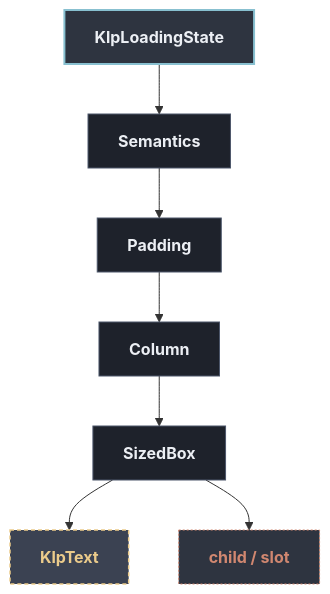
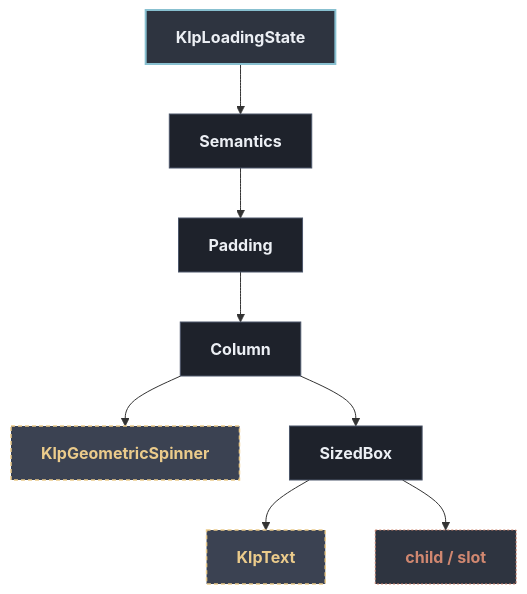
One commit to MiuDog/Kallopis changed the diagram in docs/architecture/components/feedback/klp_loading_state.md. Above: the diagram before and after it, drawn with Mermaid. The commit also changed other lines of this file and 123 other files, not shown here.

First line of the commit message:
docs(architecture): regenerate per-component trees, unbreak the generator

````diff
--- a/docs/architecture/components/feedback/klp_loading_state.md
+++ b/docs/architecture/components/feedback/klp_loading_state.md
@@ -13,22 +13,24 @@
 ```mermaid
 flowchart TD
   classDef default fill:#1E222B,stroke:#4C566A,stroke-width:1px,color:#ECEFF4;
   classDef root fill:#2E3440,stroke:#88C0D0,stroke-width:2px,color:#ECEFF4,font-weight:bold;
   classDef reference fill:#3B4252,stroke:#EBCB8B,stroke-width:1.5px,stroke-dasharray: 4 3,color:#EBCB8B;
   classDef container fill:#2E3440,stroke:#A3BE8C,stroke-width:1.5px,color:#A3BE8C;
   classDef slot fill:#2E3440,stroke:#D08770,stroke-width:1px,stroke-dasharray: 2 2,color:#D08770;
 
   root["KlpLoadingState"]:::root
   n1["Semantics"]
   root --> n1
   n2["Padding"]
   n1 --> n2
   n3["Column"]
   n2 --> n3
-  n4["SizedBox"]
+  n4["KlpGeometricSpinner"]:::reference
   n3 --> n4
-  n5["KlpText"]:::reference
-  n4 --> n5
-  n6["child / slot"]:::slot
-  n4 --> n6
+  n5["SizedBox"]
+  n3 --> n5
+  n6["KlpText"]:::reference
+  n5 --> n6
+  n7["child / slot"]:::slot
+  n5 --> n7
 ```
````
